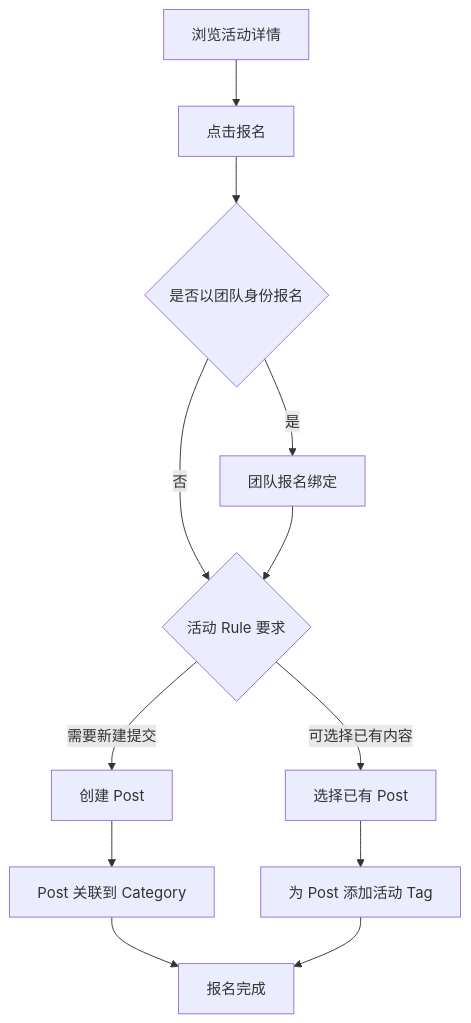
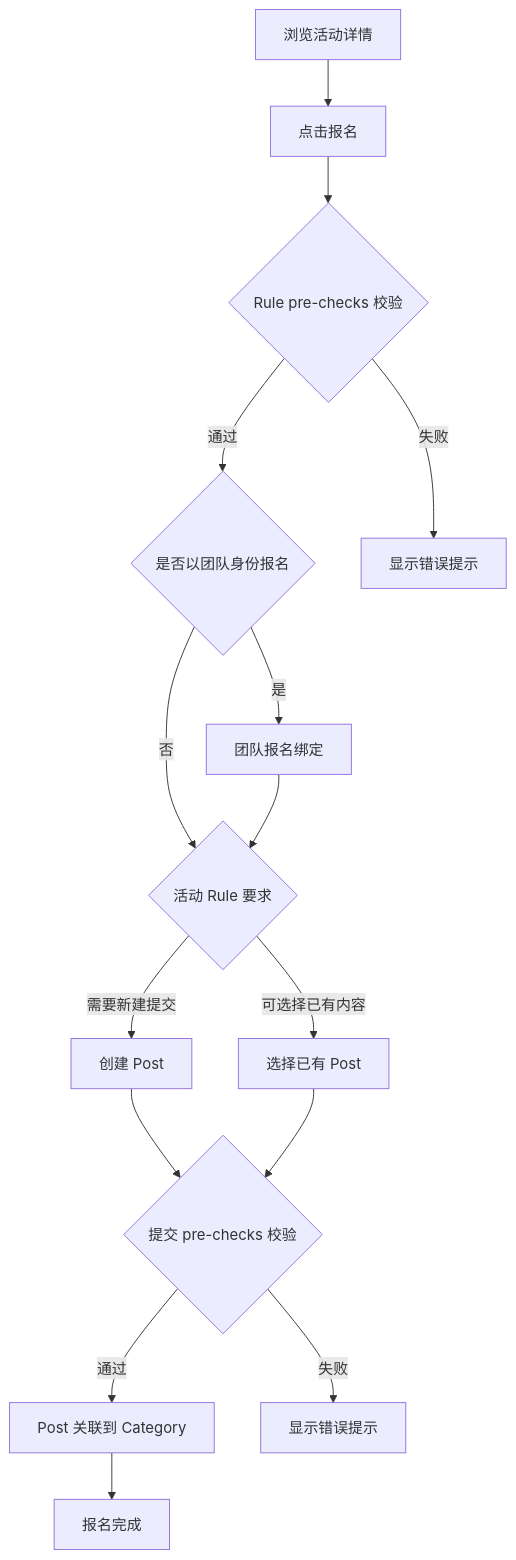
The third of 11 diagrams in docs/user-journeys.md (H2OSLabs/SynnovatorZero), drawn with Mermaid before and after one commit. The commit also changed other lines of this file and 3 other files, not shown here.

````diff
--- a/docs/user-journeys.md
+++ b/docs/user-journeys.md
@@ -163,14 +268,17 @@
 ```mermaid
 flowchart TD
     A[浏览活动详情] --> B[点击报名]
-    B --> B1{是否以团队身份报名}
+    B --> B0{Rule pre-checks 校验}
+    B0 -->|通过| B1{是否以团队身份报名}
+    B0 -->|失败| B00[显示错误提示]
     B1 -->|是| B2[团队报名绑定]
     B1 -->|否| C
     B2 --> C{活动 Rule 要求}
     C -->|需要新建提交| D[创建 Post]
     C -->|可选择已有内容| E[选择已有 Post]
-    D --> F[Post 关联到 Category]
-    E --> G[为 Post 添加活动 Tag]
-    F --> H[报名完成]
-    G --> H
+    D --> F{提交 pre-checks 校验}
+    E --> F
+    F -->|通过| G[Post 关联到 Category]
+    F -->|失败| F0[显示错误提示]
+    G --> H[报名完成]
 ```
````
